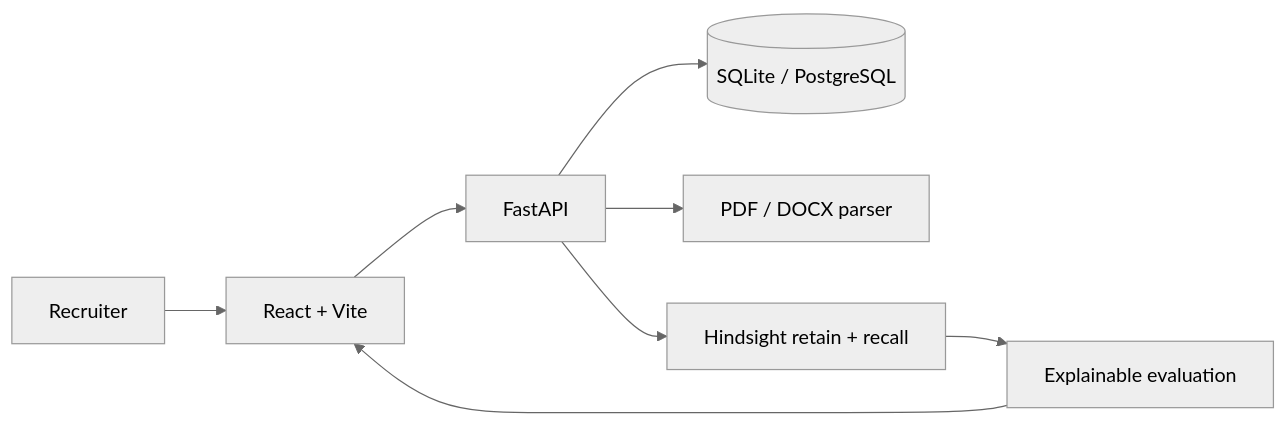
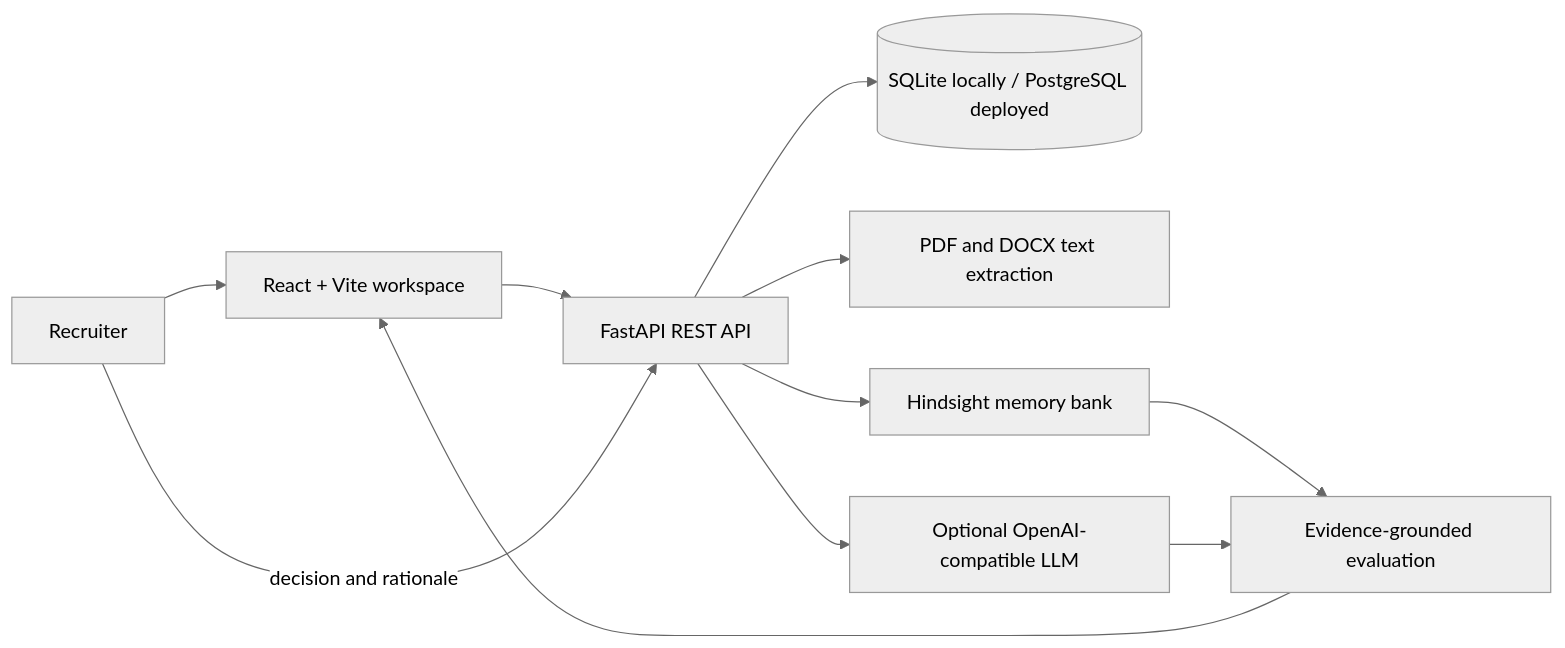
The diagram in README.md (Akshith6905/RecruitMind-AI), drawn with Mermaid (neutral theme) before and after one commit. The commit also changed other lines of this file, not shown here.

````diff
--- a/README.md
+++ b/README.md
@@ -13,10 +36,13 @@
 ```mermaid
 flowchart LR
-  R[Recruiter] --> UI[React + Vite]
-  UI --> API[FastAPI]
-  API --> DB[(SQLite / PostgreSQL)]
-  API --> RP[PDF / DOCX parser]
-  API --> H[Hindsight retain + recall]
-  H --> E[Explainable evaluation]
-  E --> UI
+    Recruiter --> Web[React + Vite workspace]
+    Web --> API[FastAPI REST API]
+    API --> DB[(SQLite locally / PostgreSQL deployed)]
+    API --> Parser[PDF and DOCX text extraction]
+    API --> H[Hindsight memory bank]
+    API --> LLM[Optional OpenAI-compatible LLM]
+    H --> Eval[Evidence-grounded evaluation]
+    LLM --> Eval
+    Eval --> Web
+    Recruiter -->|decision and rationale| API
 ```
````
